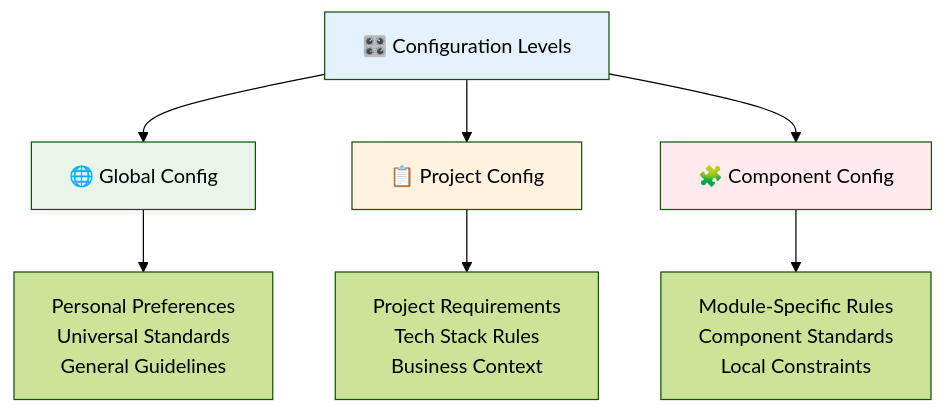
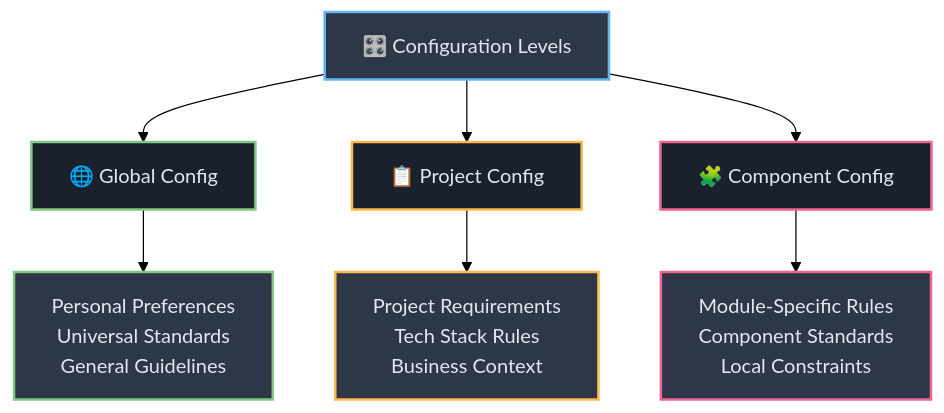
Before and after one commit to josemlopez/gemini_md_tutorial: the fifth of 8 diagrams in README.md, drawn with Mermaid (forest theme). The commit also changed other lines of this file, not shown here.

````diff
--- a/README.md
+++ b/README.md
@@ -381,17 +381,20 @@
 ```mermaid
 graph TB
     A[🎛️ Configuration Levels] --> B[🌐 Global Config]
     A --> C[📋 Project Config]
     A --> D[🧩 Component Config]
     
     B --> E[Personal Preferences<br/>Universal Standards<br/>General Guidelines]
     
     C --> F[Project Requirements<br/>Tech Stack Rules<br/>Business Context]
     
     D --> G[Module-Specific Rules<br/>Component Standards<br/>Local Constraints]
     
-    style A fill:#e3f2fd
-    style B fill:#e8f5e8
-    style C fill:#fff3e0
-    style D fill:#ffebee
+    style A fill:#2d3748,stroke:#64b5f6,stroke-width:2px,color:#e2e8f0
+    style B fill:#1a202c,stroke:#81c784,stroke-width:2px,color:#e2e8f0
+    style C fill:#1a202c,stroke:#ffb74d,stroke-width:2px,color:#e2e8f0
+    style D fill:#1a202c,stroke:#f06292,stroke-width:2px,color:#e2e8f0
+    style E fill:#2d3748,stroke:#81c784,stroke-width:2px,color:#e2e8f0
+    style F fill:#2d3748,stroke:#ffb74d,stroke-width:2px,color:#e2e8f0
+    style G fill:#2d3748,stroke:#f06292,stroke-width:2px,color:#e2e8f0
 ```
````
